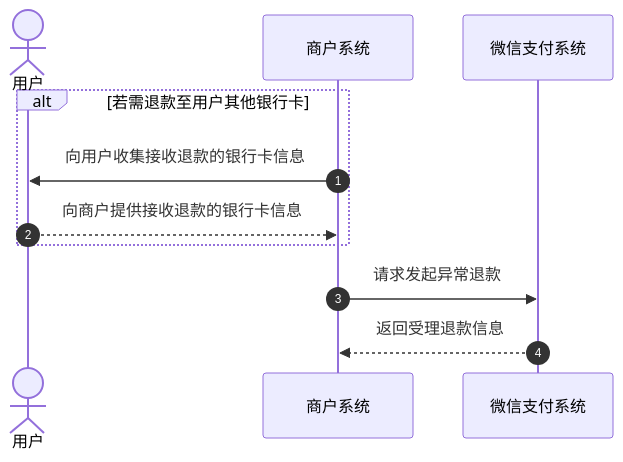
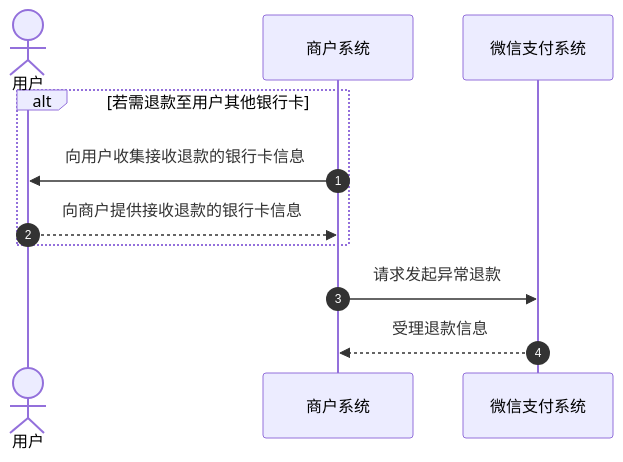
Before and after one commit to minibear2021/wechatpay_docs: the fourth of 5 diagrams in docs/merchant/pages/4013071031.md, drawn with Mermaid. The commit also changed other lines of this file and 7 other files, not shown here.

````diff
--- a/docs/merchant/pages/4013071031.md
+++ b/docs/merchant/pages/4013071031.md
@@ -122,16 +116,13 @@
 ```mermaid
 sequenceDiagram
-        %% xwatt: autonumber ea
-        autonumber
-        actor User as 用户
-        participant Mch as 商户系统
-        participant WxPay as 微信支付系统
-
-        alt 若需退款至用户其他银行卡
-            Mch->>User: 向用户收集接收退款的银行卡信息
-            User-->>Mch: 向商户提供接收退款的银行卡信息
-        end
-
-        Mch->>WxPay: 请求发起异常退款
-        WxPay-->>Mch: 返回受理退款信息
+  autonumber
+  actor p0 as 用户
+  participant p1 as 商户系统
+  participant p2 as 微信支付系统
+  alt 若需退款至用户其他银行卡
+    p1->>p0: 向用户收集接收退款的银行卡信息
+    p0-->>p1: 向商户提供接收退款的银行卡信息
+  end
+  p1->>p2: 请求发起异常退款
+  p2-->>p1: 受理退款信息
 ```
````
